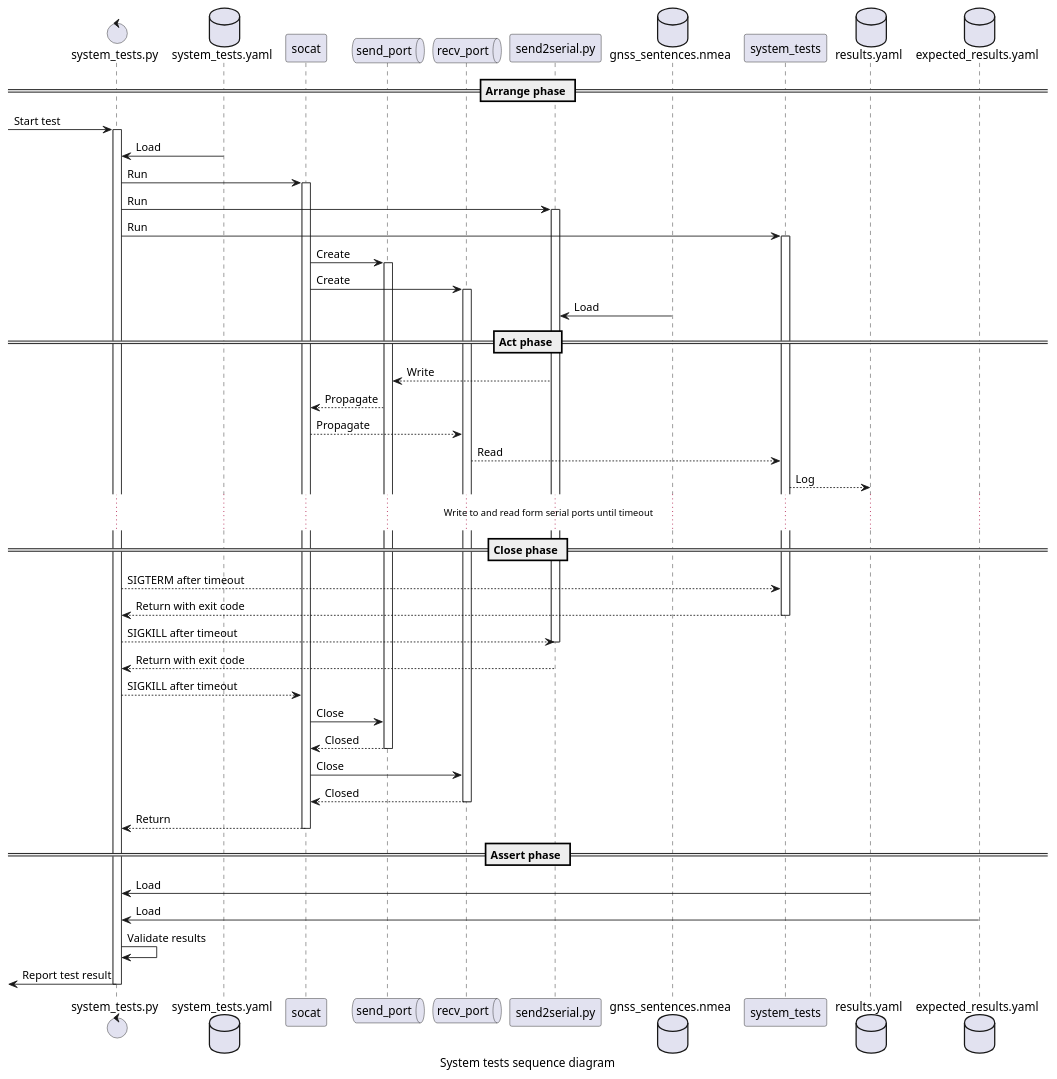
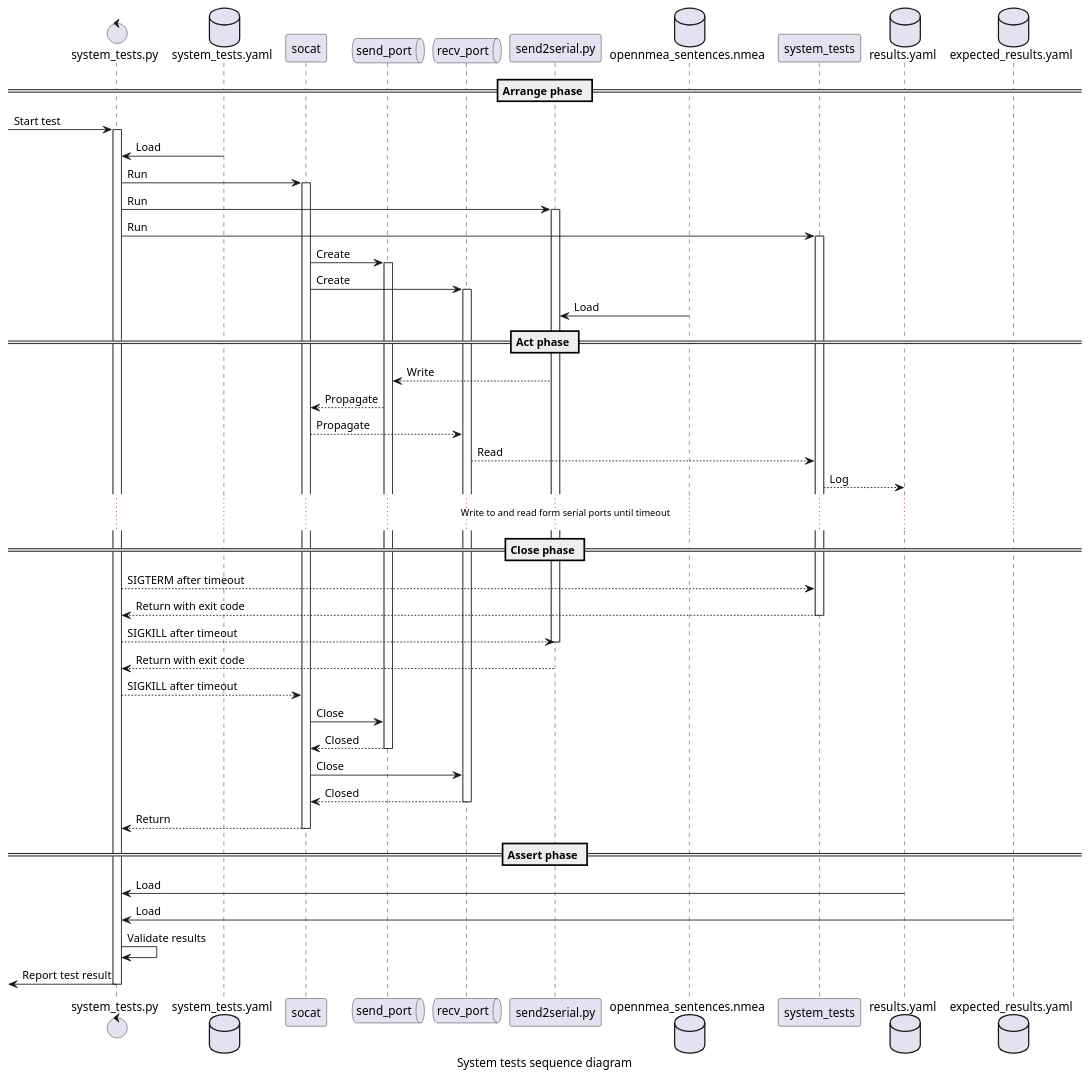
The diagram in docs/uml/system_tests_arch_sequence.puml (EduPonz/easynmea), drawn with PlantUML before and after one commit. The commit also changed 81 other files, not shown here.

```diff
--- a/docs/uml/system_tests_arch_sequence.puml
+++ b/docs/uml/system_tests_arch_sequence.puml
@@ -1,64 +1,64 @@
 @startuml
 
 caption System tests sequence diagram
 
 control system_tests.py
 database system_tests.yaml
 participant socat
 queue send_port
 queue recv_port
 participant send2serial.py
-database gnss_sentences.nmea
+database opennmea_sentences.nmea
 participant system_tests
 database results.yaml
 database expected_results.yaml
 
 == Arrange phase ==
 [-> system_tests.py: Start test
 activate system_tests.py
 system_tests.py <- system_tests.yaml: Load
 system_tests.py -> socat: Run
 activate socat
 system_tests.py -> send2serial.py: Run
 activate send2serial.py
 system_tests.py -> system_tests: Run
 activate system_tests
 socat -> send_port: Create
 activate send_port
 socat -> recv_port: Create
 activate recv_port
-send2serial.py <- gnss_sentences.nmea: Load
+send2serial.py <- opennmea_sentences.nmea: Load
 
 == Act phase ==
 send2serial.py --> send_port: Write
 send_port --> socat: Propagate
 socat --> recv_port: Propagate
 system_tests <-- recv_port: Read
 system_tests --> results.yaml: Log
 ... Write to and read form serial ports until timeout ...
 
 == Close phase ==
 system_tests.py --> system_tests: SIGTERM after timeout
 system_tests --> system_tests.py: Return with exit code
 deactivate system_tests
 system_tests.py --> send2serial.py: SIGKILL after timeout
 deactivate send2serial.py
 send2serial.py --> system_tests.py: Return with exit code
 system_tests.py --> socat: SIGKILL after timeout
 socat -> send_port: Close
 socat <-- send_port: Closed
 deactivate send_port
 socat -> recv_port: Close
 socat <-- recv_port: Closed
 deactivate recv_port
 socat --> system_tests.py: Return
 deactivate socat
 
 == Assert phase ==
 system_tests.py <- results.yaml: Load
 system_tests.py <- expected_results.yaml: Load
 system_tests.py -> system_tests.py: Validate results
 [<- system_tests.py: Report test result
 deactivate system_tests.py
 
 @enduml
```
